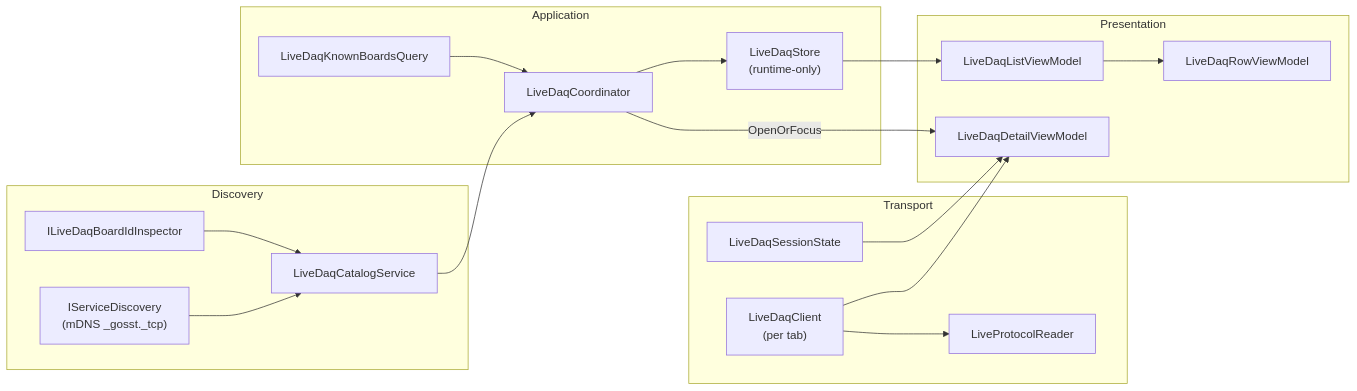
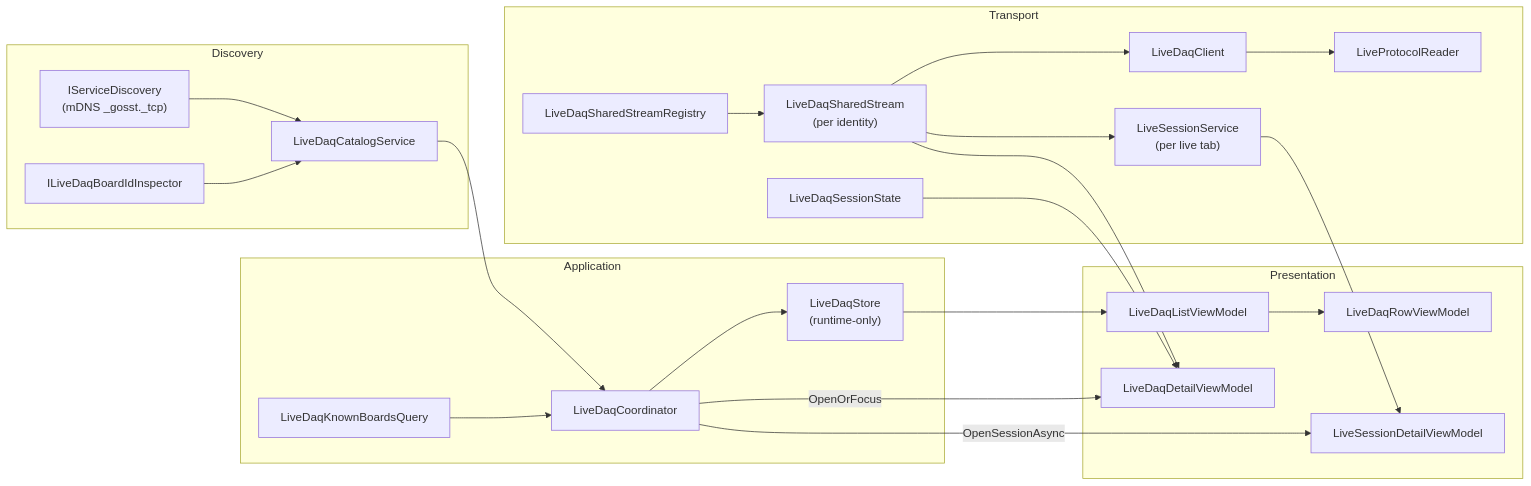
One commit to MoridinBG/Sufni.app changed the diagram in docs/architecture/live-streaming.md. Above: the diagram before and after it, drawn with Mermaid. The commit also changed other lines of this file and 19 other files, not shown here.

Commit message:
Finish live session workflow

````diff
--- a/docs/architecture/live-streaming.md
+++ b/docs/architecture/live-streaming.md
@@ -11,38 +11,47 @@
 ```mermaid
 graph LR
     subgraph Discovery
         mDNS["IServiceDiscovery<br/>(mDNS _gosst._tcp)"]
         Probe["ILiveDaqBoardIdInspector"]
         Catalog["LiveDaqCatalogService"]
     end
 
     subgraph Application
         Query["LiveDaqKnownBoardsQuery"]
         Coord["LiveDaqCoordinator"]
         Store["LiveDaqStore<br/>(runtime-only)"]
     end
 
     subgraph Transport
-        Client["LiveDaqClient<br/>(per tab)"]
+      Registry["LiveDaqSharedStreamRegistry"]
+      Shared["LiveDaqSharedStream<br/>(per identity)"]
+      Client["LiveDaqClient"]
         Reader["LiveProtocolReader"]
-        Session["LiveDaqSessionState"]
+      Session["LiveDaqSessionState"]
+      LiveService["LiveSessionService<br/>(per live tab)"]
     end
 
     subgraph Presentation
         ListVM["LiveDaqListViewModel"]
         RowVM["LiveDaqRowViewModel"]
         DetailVM["LiveDaqDetailViewModel"]
+      LiveDetailVM["LiveSessionDetailViewModel"]
     end
 
     mDNS --> Catalog
     Probe --> Catalog
     Catalog --> Coord
     Query --> Coord
     Coord --> Store
     Store --> ListVM
     ListVM --> RowVM
     Coord -->|"OpenOrFocus"| DetailVM
+    Coord -->|"OpenSessionAsync"| LiveDetailVM
+    Registry --> Shared
     Client --> Reader
-    Client --> DetailVM
+    Shared --> Client
+    Shared --> DetailVM
+    Shared --> LiveService
     Session --> DetailVM
+    LiveService --> LiveDetailVM
 ```
````
